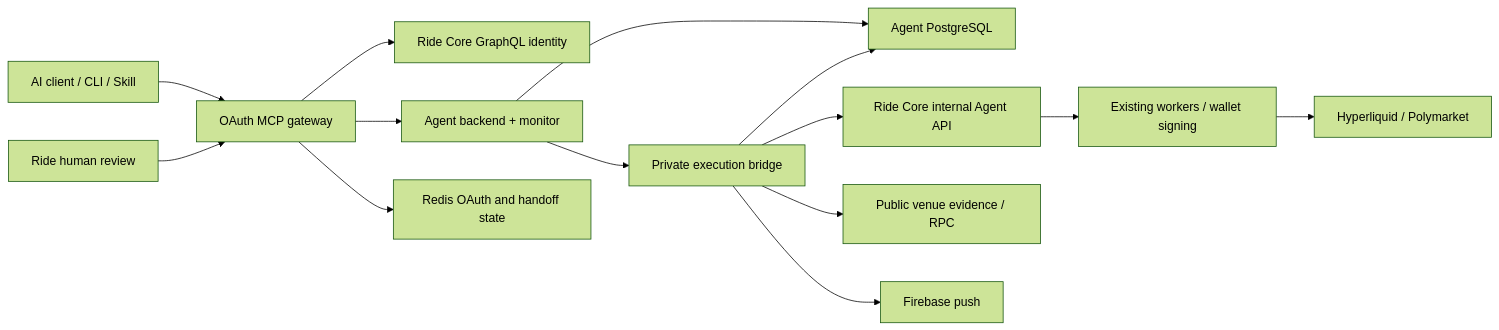
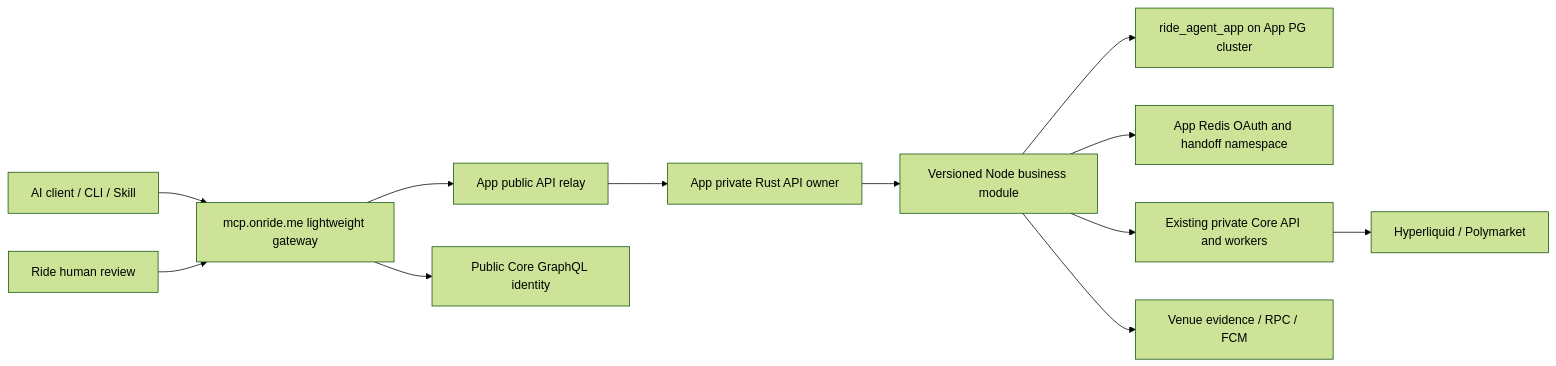
Before and after one commit to onride-app/ride-agent: the diagram in docs/architecture.md, drawn with Mermaid (forest theme). The commit also changed other lines of this file and 4 other files, not shown here.

````diff
--- a/docs/architecture.md
+++ b/docs/architecture.md
@@ -7,16 +8,14 @@
 ```mermaid
 flowchart LR
-  Client[AI client / CLI / Skill] --> Gateway[OAuth MCP gateway]
+  Client[AI client / CLI / Skill] --> Gateway[mcp.onride.me lightweight gateway]
   Browser[Ride human review] --> Gateway
-  Gateway --> Identity[Ride Core GraphQL identity]
-  Gateway --> Backend[Agent backend + monitor]
-  Gateway --> Redis[Redis OAuth and handoff state]
-  Backend --> Pg[Agent PostgreSQL]
-  Backend --> Bridge[Private execution bridge]
-  Bridge --> Pg
-  Bridge --> Core[Ride Core internal Agent API]
-  Core --> Worker[Existing workers / wallet signing]
-  Worker --> Venue[Hyperliquid / Polymarket]
-  Bridge --> Reads[Public venue evidence / RPC]
-  Bridge --> FCM[Firebase push]
+  Gateway --> Public[App public API relay]
+  Gateway --> Identity[Public Core GraphQL identity]
+  Public --> Private[App private Rust API owner]
+  Private --> Module[Versioned Node business module]
+  Module --> Pg[ride_agent_app on App PG cluster]
+  Module --> Redis[App Redis OAuth and handoff namespace]
+  Module --> Core[Existing private Core API and workers]
+  Core --> Venue[Hyperliquid / Polymarket]
+  Module --> Reads[Venue evidence / RPC / FCM]
 ```
````
